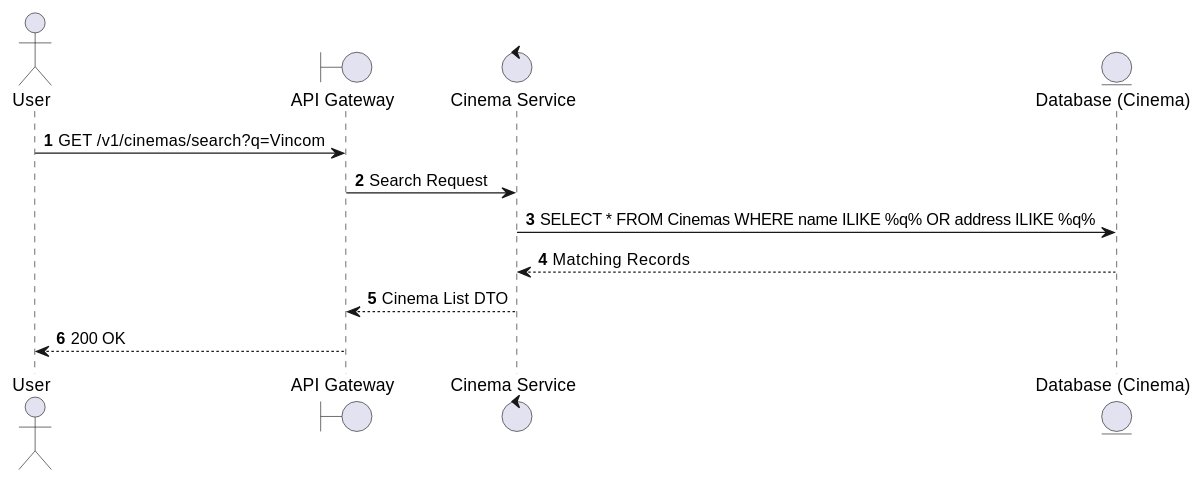
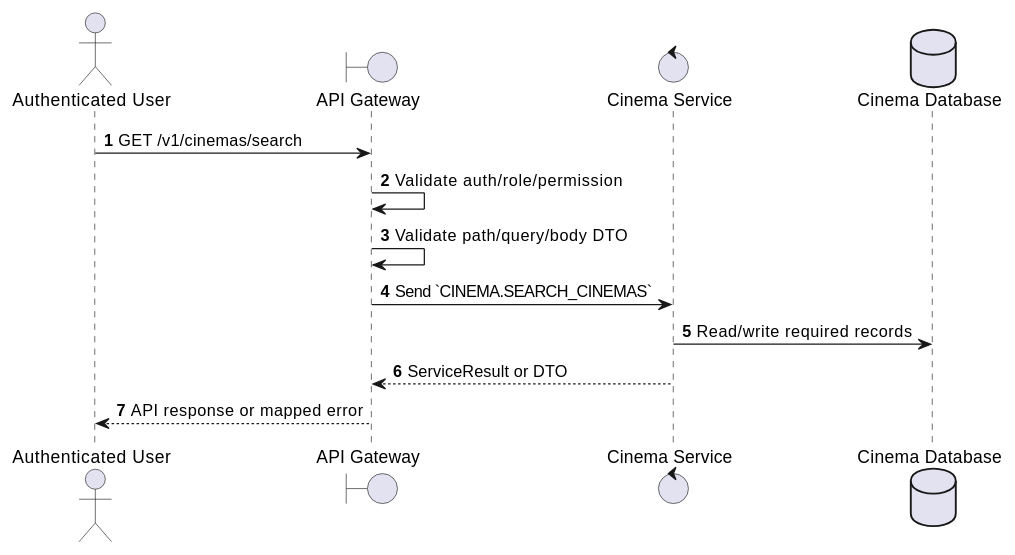
One commit to Tanh1603/movie-hub-architecture changed the first of 2 diagrams in docs/functional_specs/3.2.1_Cinema_Management/CM-07_Search_Cinemas_by_Query.md. Above: the diagram before and after it, drawn with PlantUML. The commit also changed other lines of this file and 126 other files, not shown here.

````diff
--- a/docs/functional_specs/3.2.1_Cinema_Management/CM-07_Search_Cinemas_by_Query.md
+++ b/docs/functional_specs/3.2.1_Cinema_Management/CM-07_Search_Cinemas_by_Query.md
@@ -17,16 +17,17 @@
 ```plantuml
 @startuml
 autonumber
-actor User
+actor "Authenticated User" as Actor
 boundary "API Gateway" as GW
-control "Cinema Service" as CS
-entity "Database (Cinema)" as DB
+control "Cinema Service" as SVC
+database "Cinema Database" as DB
 
-User -> GW: GET /v1/cinemas/search?q=Vincom
-GW -> CS: Search Request
-CS -> DB: SELECT * FROM Cinemas WHERE name ILIKE %q% OR address ILIKE %q%
-DB --> CS: Matching Records
-CS --> GW: Cinema List DTO
-GW --> User: 200 OK
+Actor -> GW: GET /v1/cinemas/search
+GW -> GW: Validate auth/role/permission
+GW -> GW: Validate path/query/body DTO
+GW -> SVC: Send `CINEMA.SEARCH_CINEMAS`
+SVC -> DB: Read/write required records
+SVC --> GW: ServiceResult or DTO
+GW --> Actor: API response or mapped error
 @enduml
 ```
````
